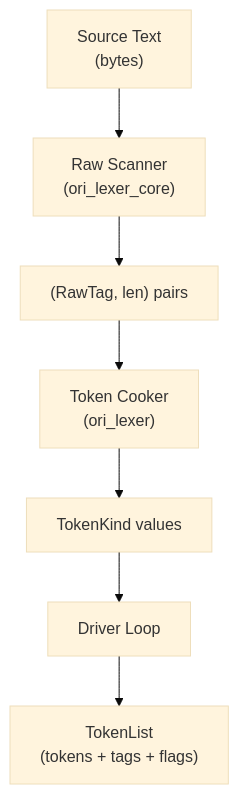
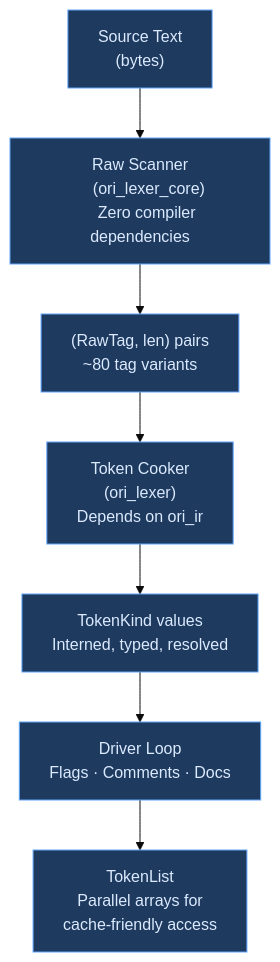
The first of 2 diagrams in docs/compiler/design/03-lexer/index.md (upstat-io/ori-lang), drawn with Mermaid (base theme) before and after one commit. The commit also changed other lines of this file and 152 other files, not shown here.

````diff
--- a/docs/compiler/design/03-lexer/index.md
+++ b/docs/compiler/design/03-lexer/index.md
@@ -18,13 +100,30 @@
 ```mermaid
 flowchart TB
     source["Source Text
-(bytes)"] --> raw["Raw Scanner
-(ori_lexer_core)"]
-    raw --> pairs["(RawTag, len) pairs"]
-    pairs --> cook["Token Cooker
-(ori_lexer)"]
-    cook --> kinds["TokenKind values"]
-    kinds --> driver["Driver Loop"]
-    driver --> tl["TokenList
-(tokens + tags + flags)"]
+    (bytes)"]
+    raw["Raw Scanner
+    (ori_lexer_core)
+    Zero compiler dependencies"]
+    pairs["(RawTag, len) pairs
+    ~80 tag variants"]
+    cook["Token Cooker
+    (ori_lexer)
+    Depends on ori_ir"]
+    kinds["TokenKind values
+    Interned, typed, resolved"]
+    driver["Driver Loop
+    Flags · Comments · Docs"]
+    tl["TokenList
+    Parallel arrays for
+    cache-friendly access"]
+
+    source --> raw
+    raw --> pairs
+    pairs --> cook
+    cook --> kinds
+    kinds --> driver
+    driver --> tl
+
+    classDef frontend fill:#1e3a5f,stroke:#60a5fa,color:#dbeafe
+    class source,raw,pairs,cook,kinds,driver,tl frontend
 ```
````
